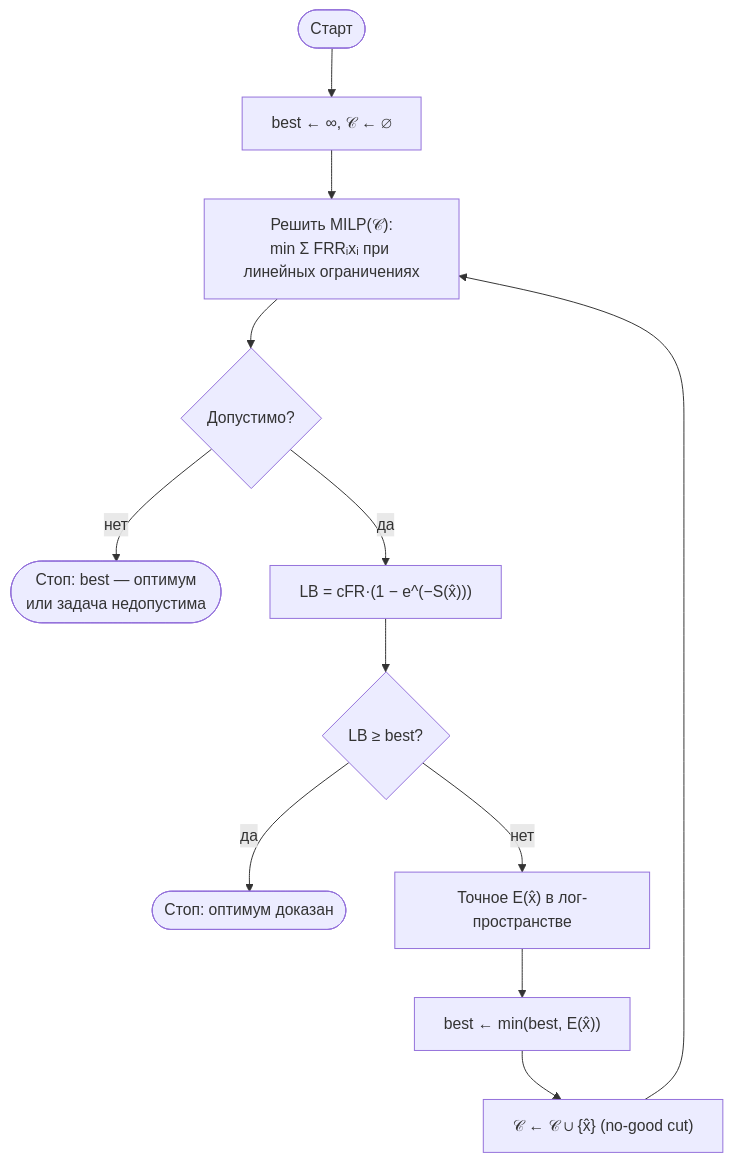
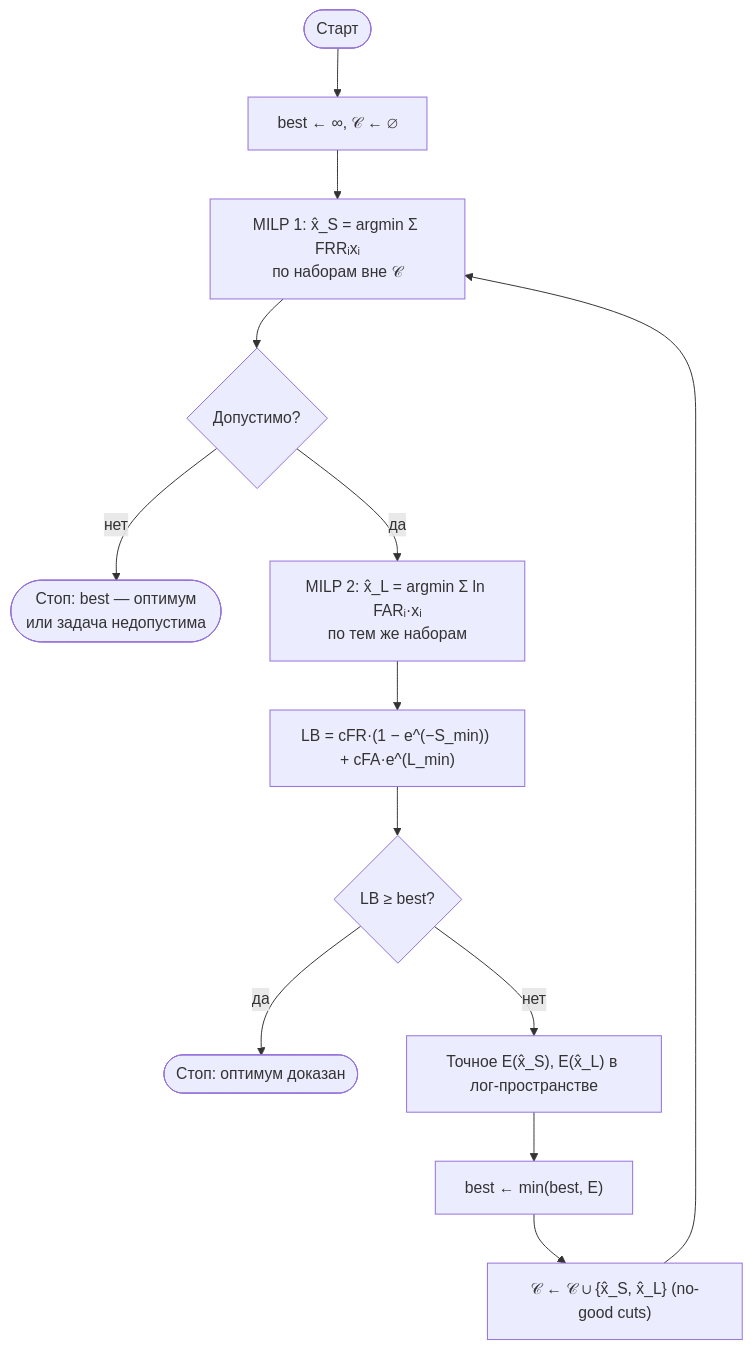
One commit to DcNi3L/bioauth-optimizer changed the ninth of 9 diagrams in docs/03-architecture.md. Above: the diagram before and after it, drawn with Mermaid. The commit also changed other lines of this file and 17 other files, not shown here.

````diff
--- a/docs/03-architecture.md
+++ b/docs/03-architecture.md
@@ -334,14 +336,15 @@
 ```mermaid
 flowchart TD
   A([Старт]) --> B["best ← ∞, 𝒞 ← ∅"]
-  B --> C["Решить MILP(𝒞):<br/>min Σ FRRᵢxᵢ при линейных ограничениях"]
+  B --> C["MILP 1: x̂_S = argmin Σ FRRᵢxᵢ<br/>по наборам вне 𝒞"]
   C --> D{Допустимо?}
   D -- нет --> Z([Стоп: best — оптимум<br/>или задача недопустима])
-  D -- да --> E["LB = cFR·(1 − e^(−S(x̂)))"]
+  D -- да --> C2["MILP 2: x̂_L = argmin Σ ln FARᵢ·xᵢ<br/>по тем же наборам"]
+  C2 --> E["LB = cFR·(1 − e^(−S_min)) + cFA·e^(L_min)"]
   E --> F{LB ≥ best?}
   F -- да --> Z2([Стоп: оптимум доказан])
-  F -- нет --> G["Точное E(x̂) в лог-пространстве"]
-  G --> H["best ← min(best, E(x̂))"]
-  H --> I["𝒞 ← 𝒞 ∪ {x̂} (no-good cut)"]
+  F -- нет --> G["Точное E(x̂_S), E(x̂_L) в лог-пространстве"]
+  G --> H["best ← min(best, E)"]
+  H --> I["𝒞 ← 𝒞 ∪ {x̂_S, x̂_L} (no-good cuts)"]
   I --> C
 ```
````
